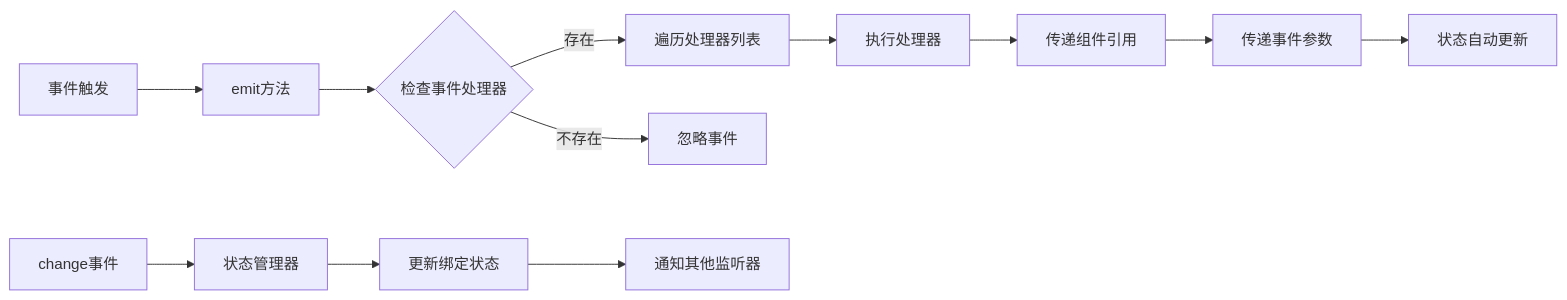
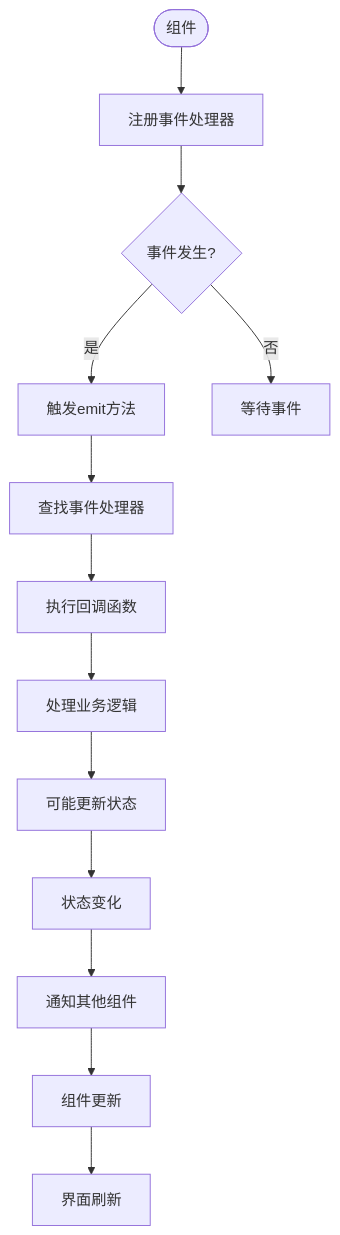
Before and after one commit to yangweijie/libuiBuilder: the fourth of 5 diagrams in .qoder/repowiki/zh/content/核心概念/核心概念.md, drawn with Mermaid. The commit also changed other lines of this file and 126 other files, not shown here.

````diff
--- a/.qoder/repowiki/zh/content/核心概念/核心概念.md
+++ b/.qoder/repowiki/zh/content/核心概念/核心概念.md
@@ -267,14 +154,15 @@
 ```mermaid
-graph LR
-A[事件触发] --> B[emit方法]
-B --> C{检查事件处理器}
-C --> |存在| D[遍历处理器列表]
-C --> |不存在| E[忽略事件]
-D --> F[执行处理器]
-F --> G[传递组件引用]
-G --> H[传递事件参数]
-H --> I[状态自动更新]
-J[change事件] --> K[状态管理器]
-K --> L[更新绑定状态]
-L --> M[通知其他监听器]
+flowchart TD
+A([组件]) --> B[注册事件处理器]
+B --> C{事件发生?}
+C --> |是| D[触发emit方法]
+D --> E[查找事件处理器]
+E --> F[执行回调函数]
+F --> G[处理业务逻辑]
+G --> H[可能更新状态]
+H --> I[状态变化]
+I --> J[通知其他组件]
+J --> K[组件更新]
+K --> L[界面刷新]
+C --> |否| M[等待事件]
 ```
````
